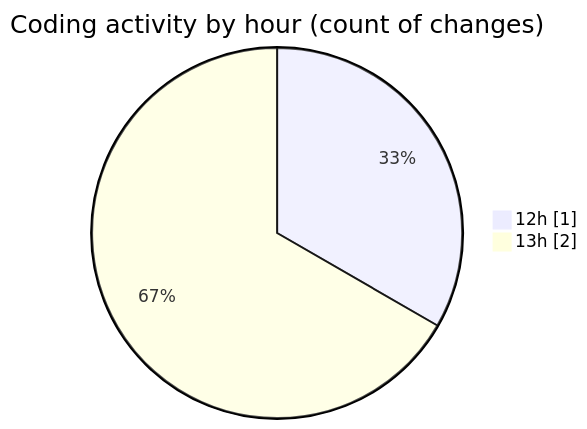
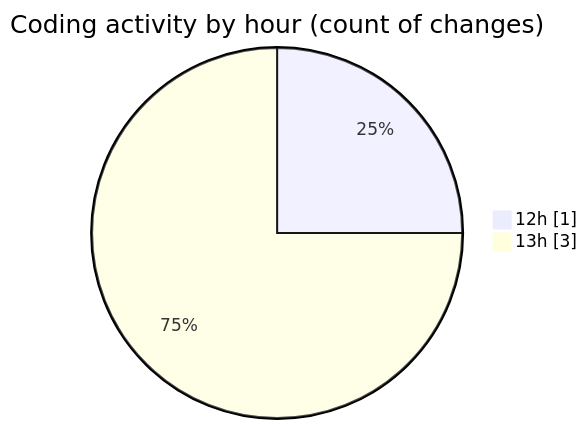
One commit to momahboobian/code-tracking changed the second of 2 diagrams in 2025-03-10/cda/README.md. Above: the diagram before and after it, drawn with Mermaid. The commit also changed other lines of this file and 1 other file, not shown here.

````diff
--- a/2025-03-10/cda/README.md
+++ b/2025-03-10/cda/README.md
@@ -30,6 +32,6 @@
 ```mermaid
 pie showData
 title Coding activity by hour (count of changes)
 "12h" : 1
-"13h" : 2
+"13h" : 3
 ```
````
